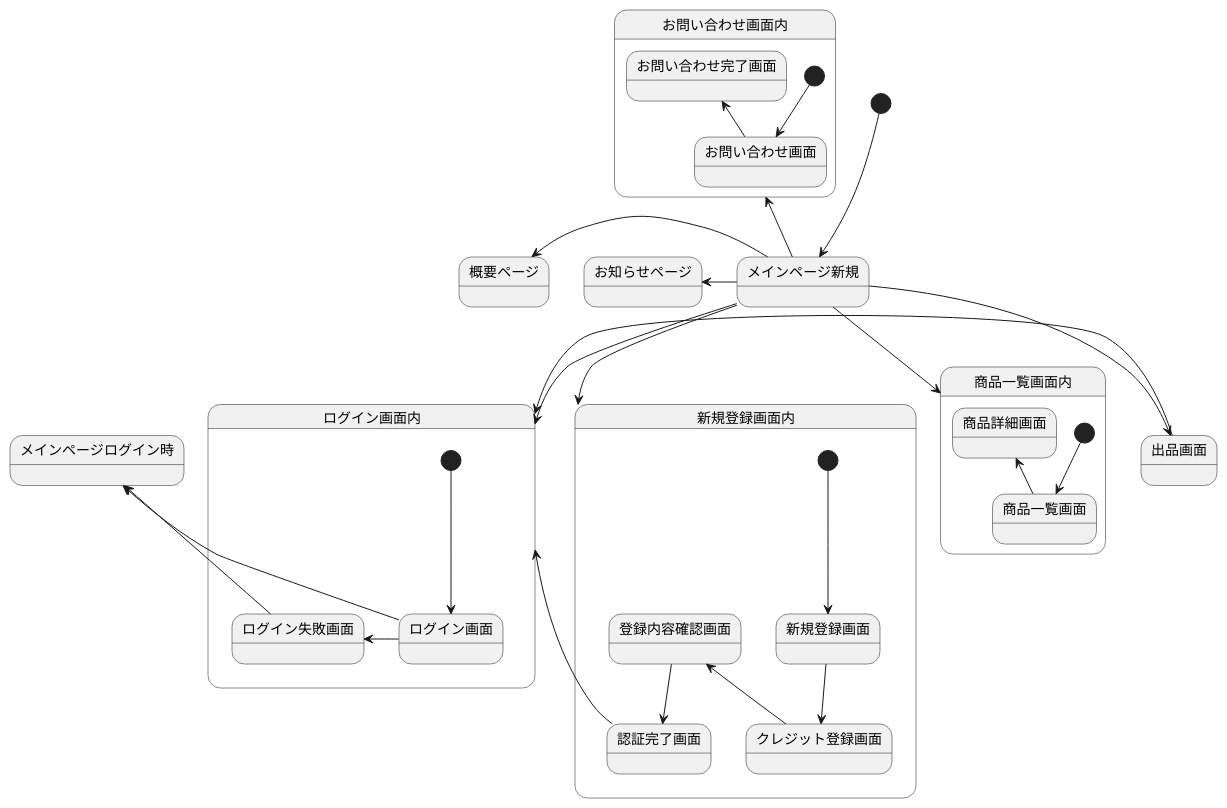
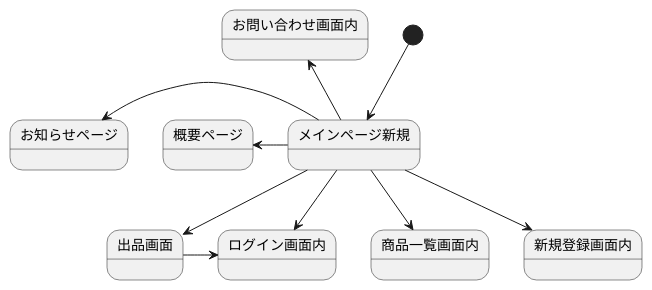
The diagram in 画面遷移図ログイン.md (Aso2001147/2021SystemDesign), drawn with PlantUML before and after one commit.

````diff
--- a/画面遷移図ログイン.md
+++ b/画面遷移図ログイン.md
@@ -1,41 +1,14 @@
 ```uml
 @startuml
 [*] --> メインページ新規
 メインページ新規 -left-> 概要ページ
 メインページ新規 -up-> お問い合わせ画面内
 メインページ新規 -left-> お知らせページ
 メインページ新規 --> ログイン画面内
 メインページ新規 --> 商品一覧画面内
 メインページ新規 --> 新規登録画面内
 メインページ新規 -> 出品画面
 出品画面 -> ログイン画面内
 
-state 新規登録画面内{
-[*] --> 新規登録画面
-新規登録画面 -down-> クレジット登録画面
-クレジット登録画面 -up-> 登録内容確認画面
-登録内容確認画面 -down-> 認証完了画面
-認証完了画面 -up-> ログイン画面内
-}
-
-state ログイン画面内{
-[*] -down-> ログイン画面
-ログイン画面 -right-> ログイン失敗画面
-}
-
-ログイン画面 -up-> メインページログイン時
-
-ログイン失敗画面 -up-> メインページログイン時
-
-state お問い合わせ画面内{
-[*] -down-> お問い合わせ画面
-お問い合わせ画面 -up-> お問い合わせ完了画面
-}
-
-state 商品一覧画面内{
-[*] -down-> 商品一覧画面
-商品一覧画面 -up-> 商品詳細画面
-}
-
 @enduml
 ```
````
